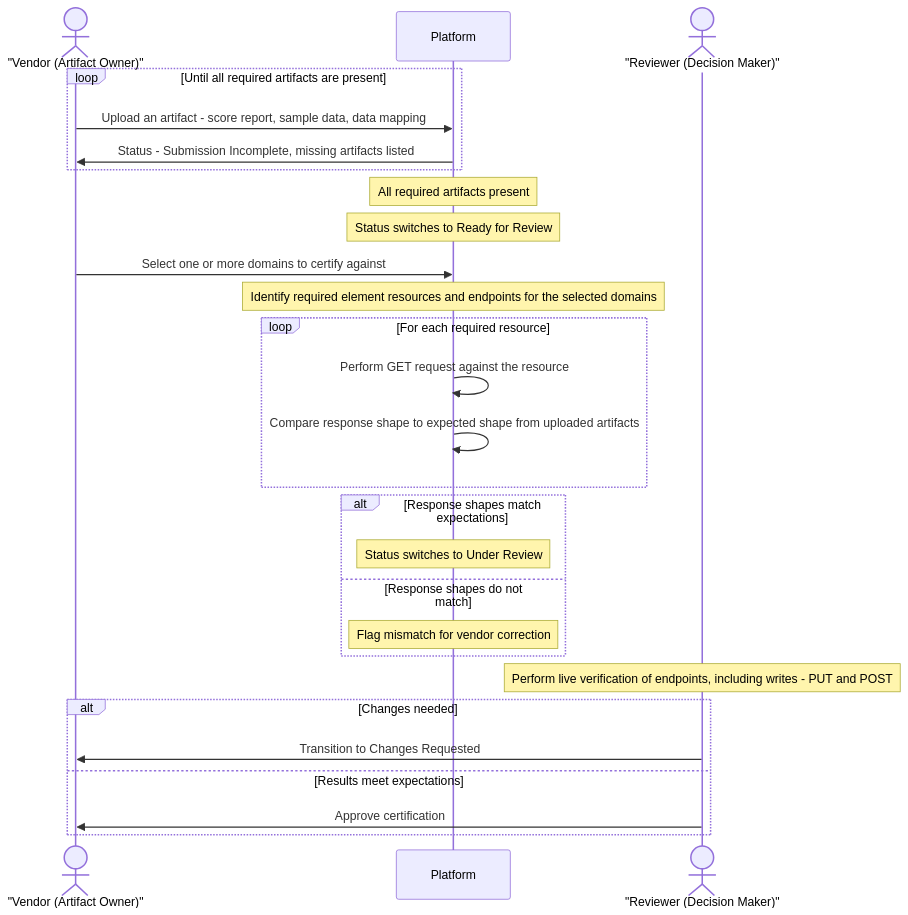
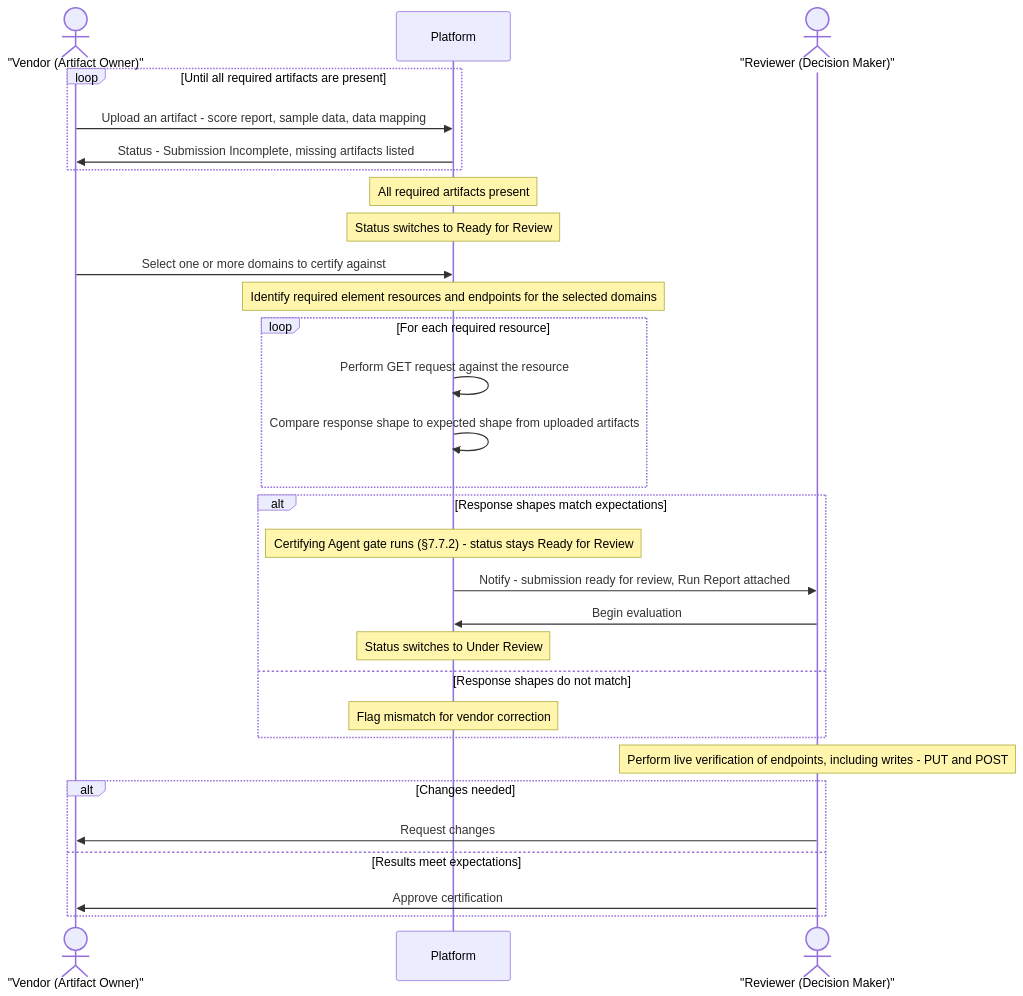
Before and after one commit to roberthunterjr/Ed-Fi-AdminApp: the third of 12 diagrams in docs/PRD-Certification-v2.md, drawn with Mermaid. The commit also changed other lines of this file, not shown here.

````diff
--- a/docs/PRD-Certification-v2.md
+++ b/docs/PRD-Certification-v2.md
@@ -303,36 +309,39 @@
 ```mermaid
 sequenceDiagram
     actor Vendor as "Vendor (Artifact Owner)"
     participant Platform
     actor Reviewer as "Reviewer (Decision Maker)"
 
     loop Until all required artifacts are present
         Vendor->>Platform: Upload an artifact - score report, sample data, data mapping
         Platform->>Vendor: Status - Submission Incomplete, missing artifacts listed
     end
 
     Note over Platform: All required artifacts present
     Note over Platform: Status switches to Ready for Review
 
     Vendor->>Platform: Select one or more domains to certify against
     Note over Platform: Identify required element resources and endpoints for the selected domains
 
     loop For each required resource
         Platform->>Platform: Perform GET request against the resource
         Platform->>Platform: Compare response shape to expected shape from uploaded artifacts
     end
 
     alt Response shapes match expectations
+        Note over Platform: Certifying Agent gate runs (§7.7.2) - status stays Ready for Review
+        Platform->>Reviewer: Notify - submission ready for review, Run Report attached
+        Reviewer->>Platform: Begin evaluation
         Note over Platform: Status switches to Under Review
     else Response shapes do not match
         Note over Platform: Flag mismatch for vendor correction
     end
 
     Note over Reviewer: Perform live verification of endpoints, including writes - PUT and POST
 
     alt Changes needed
-        Reviewer->>Vendor: Transition to Changes Requested
+        Reviewer->>Vendor: Request changes
     else Results meet expectations
         Reviewer->>Vendor: Approve certification
     end
 ```
````
